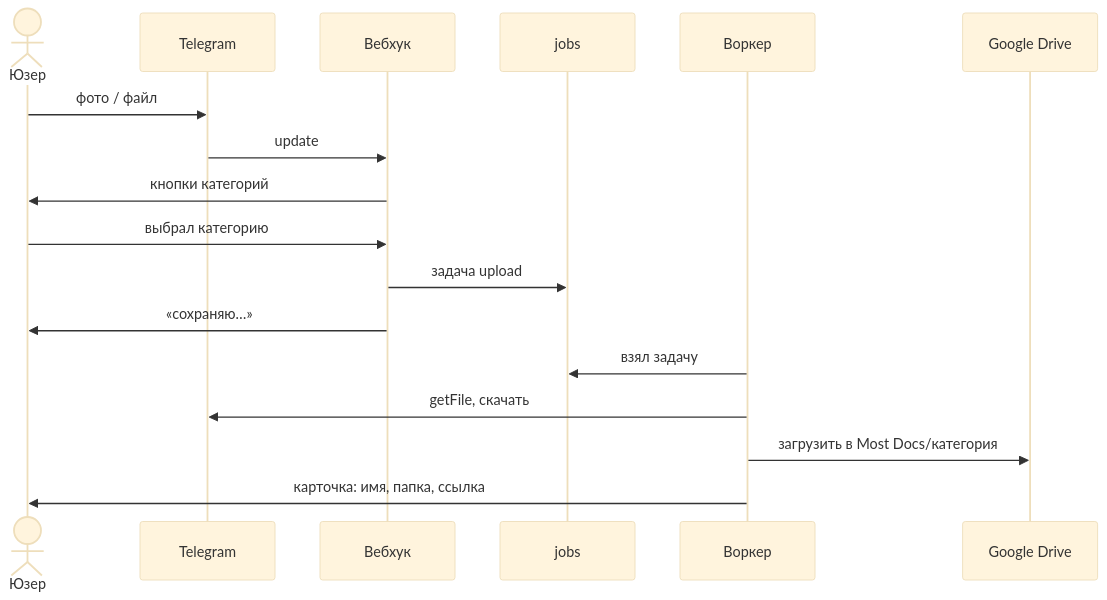
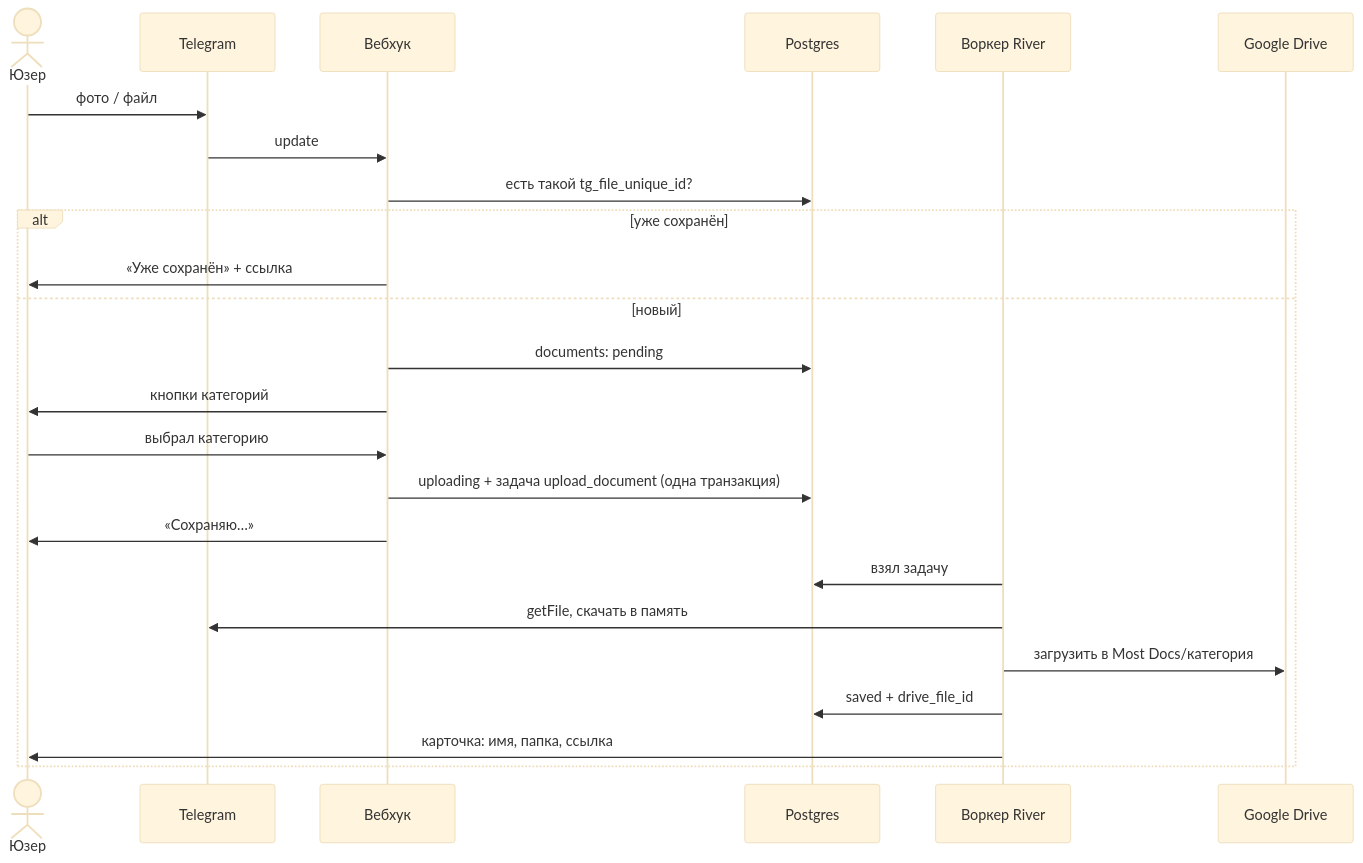
The third of 3 diagrams in docs/architecture.md (alexe0110/most-app), drawn with Mermaid (base theme) before and after one commit. The commit also changed other lines of this file and 1 other file, not shown here.

````diff
--- a/docs/architecture.md
+++ b/docs/architecture.md
@@ -45,20 +78,27 @@
 ```mermaid
 sequenceDiagram
     actor U as Юзер
     participant T as Telegram
     participant W as Вебхук
-    participant Q as jobs
-    participant K as Воркер
+    participant DB as Postgres
+    participant K as Воркер River
     participant D as Google Drive
 
     U->>T: фото / файл
     T->>W: update
-    W->>U: кнопки категорий
-    U->>W: выбрал категорию
-    W->>Q: задача upload
-    W->>U: «сохраняю…»
-    K->>Q: взял задачу
-    K->>T: getFile, скачать
-    K->>D: загрузить в Most Docs/категория
-    K->>U: карточка: имя, папка, ссылка
+    W->>DB: есть такой tg_file_unique_id?
+    alt уже сохранён
+        W->>U: «Уже сохранён» + ссылка
+    else новый
+        W->>DB: documents: pending
+        W->>U: кнопки категорий
+        U->>W: выбрал категорию
+        W->>DB: uploading + задача upload_document (одна транзакция)
+        W->>U: «Сохраняю…»
+        K->>DB: взял задачу
+        K->>T: getFile, скачать в память
+        K->>D: загрузить в Most Docs/категория
+        K->>DB: saved + drive_file_id
+        K->>U: карточка: имя, папка, ссылка
+    end
 ```
````
